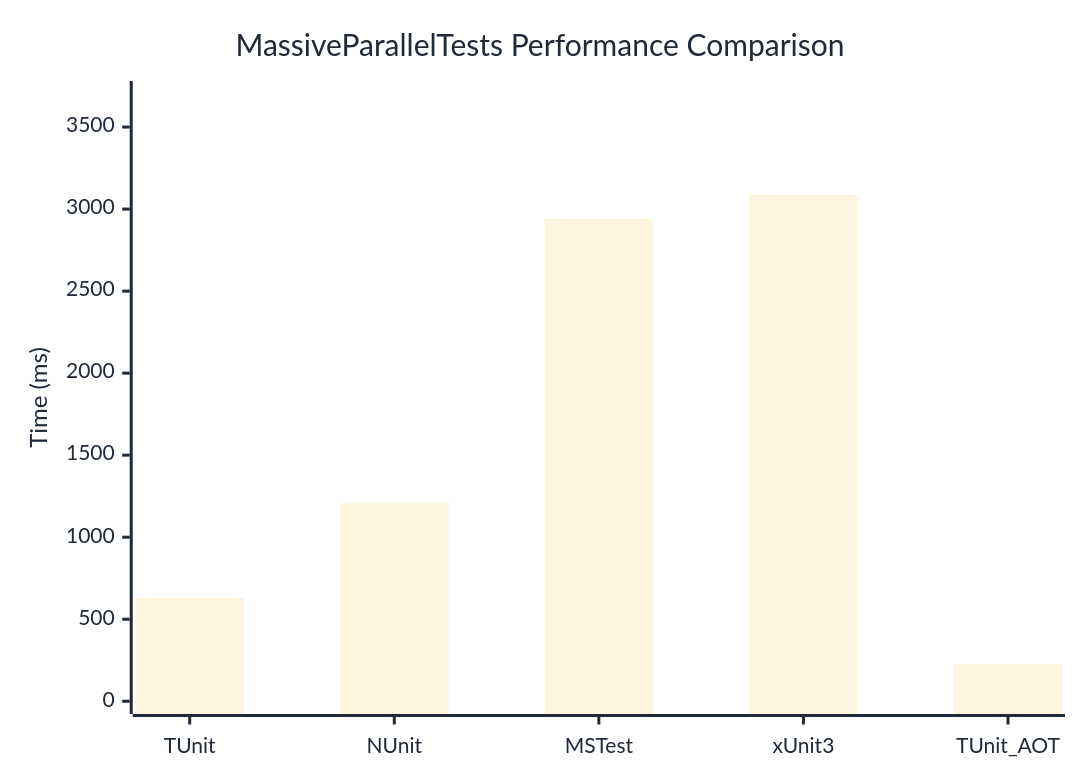
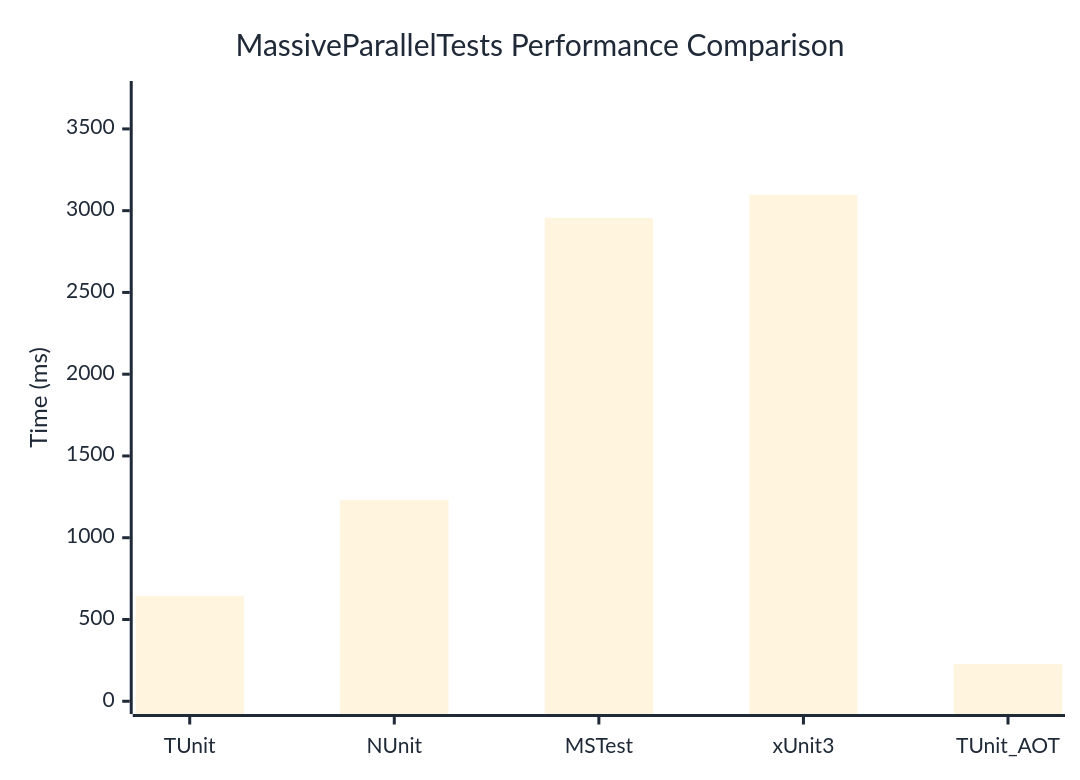
Before and after one commit to thomhurst/TUnit: the diagram in docs/docs/benchmarks/MassiveParallelTests.md, drawn with Mermaid. The commit also changed other lines of this file and 17 other files, not shown here.

````diff
--- a/docs/docs/benchmarks/MassiveParallelTests.md
+++ b/docs/docs/benchmarks/MassiveParallelTests.md
@@ -27,37 +27,37 @@
 ```mermaid
 %%{init: {
   'theme':'base',
   'themeVariables': {
     'primaryColor': '#2563eb',
     'primaryTextColor': '#1f2937',
     'primaryBorderColor': '#1e40af',
     'lineColor': '#6b7280',
     'secondaryColor': '#7c3aed',
     'tertiaryColor': '#dc2626',
     'background': '#ffffff',
     'mainBkg': '#2563eb',
     'secondBkg': '#7c3aed',
     'tertiaryBkg': '#dc2626',
     'clusterBkg': '#f3f4f6',
     'edgeLabelBackground': '#ffffff',
     'tertiaryTextColor': '#1f2937',
     'pie1': '#2563eb',
     'pie2': '#7c3aed',
     'pie3': '#dc2626',
     'pie4': '#f59e0b',
     'pie5': '#10b981',
     'pie6': '#06b6d4',
     'pie7': '#ec4899',
     'pie8': '#6366f1',
     'pie9': '#84cc16',
     'pie10': '#f97316',
     'pie11': '#14b8a6',
     'pie12': '#a855f7'
   }
 }}%%
 xychart-beta
   title "MassiveParallelTests Performance Comparison"
   x-axis ["TUnit", "NUnit", "MSTest", "xUnit3", "TUnit_AOT"]
-  y-axis "Time (ms)" 0 --> 3703
-  bar [630, 1207.3, 2940, 3085.7, 225.6]
+  y-axis "Time (ms)" 0 --> 3715
+  bar [642.9, 1231.2, 2956, 3095.3, 227]
 ```
````
